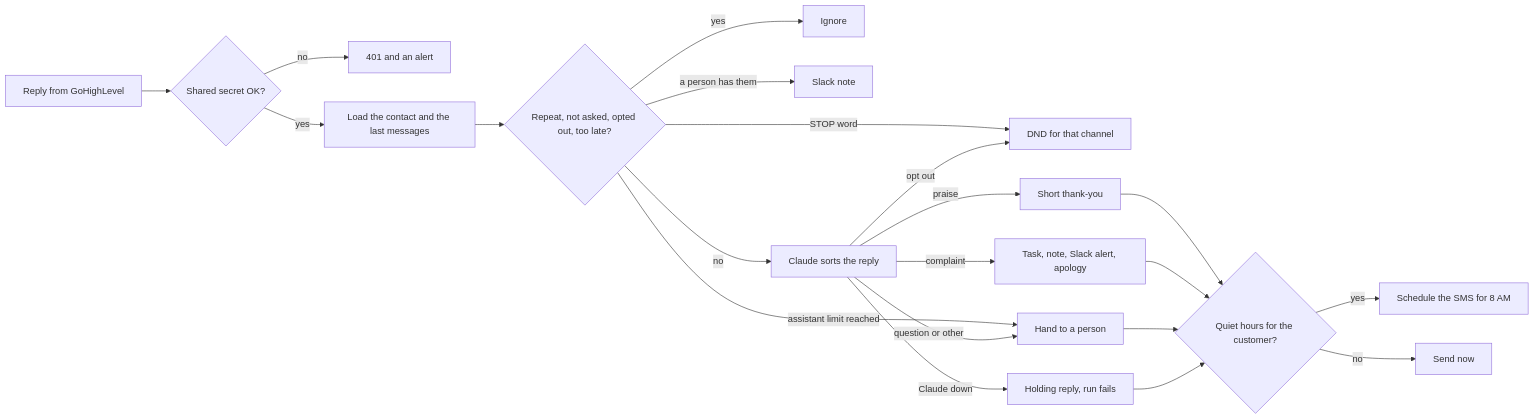
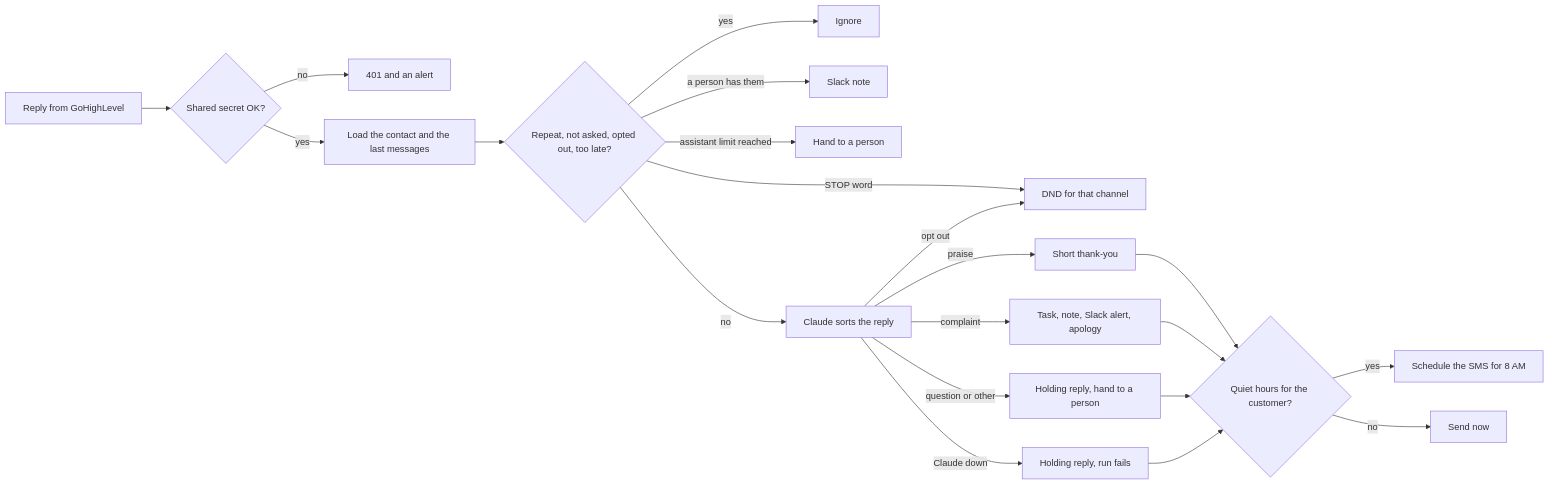
Before and after one commit to romielwillautomate/ghl-review-requests-and-recovery: the second of 2 diagrams in README.md, drawn with Mermaid. The commit also changed other lines of this file and 5 other files, not shown here.

First line of the commit message:
Docs: which workflow reads which tags, diagram and samples match the final run

````diff
--- a/README.md
+++ b/README.md
@@ -71,20 +71,20 @@
 ```mermaid
 flowchart LR
     R[Reply from GoHighLevel] --> S{Shared secret OK?}
     S -->|no| X1[401 and an alert]
     S -->|yes| L[Load the contact and the last messages]
     L --> K{Repeat, not asked, opted out, too late?}
     K -->|yes| I[Ignore]
     K -->|STOP word| D[DND for that channel]
     K -->|a person has them| N[Slack note]
     K -->|assistant limit reached| H[Hand to a person]
     K -->|no| C[Claude sorts the reply]
     C -->|praise| P[Short thank-you]
     C -->|complaint| Q[Task, note, Slack alert, apology]
-    C -->|question or other| H
+    C -->|question or other| O[Holding reply, hand to a person]
     C -->|opt out| D
     C -->|Claude down| F[Holding reply, run fails]
-    P & Q & H & F --> W{Quiet hours for the customer?}
+    P & Q & O & F --> W{Quiet hours for the customer?}
     W -->|yes| Y[Schedule the SMS for 8 AM]
     W -->|no| Z[Send now]
 ```
````
